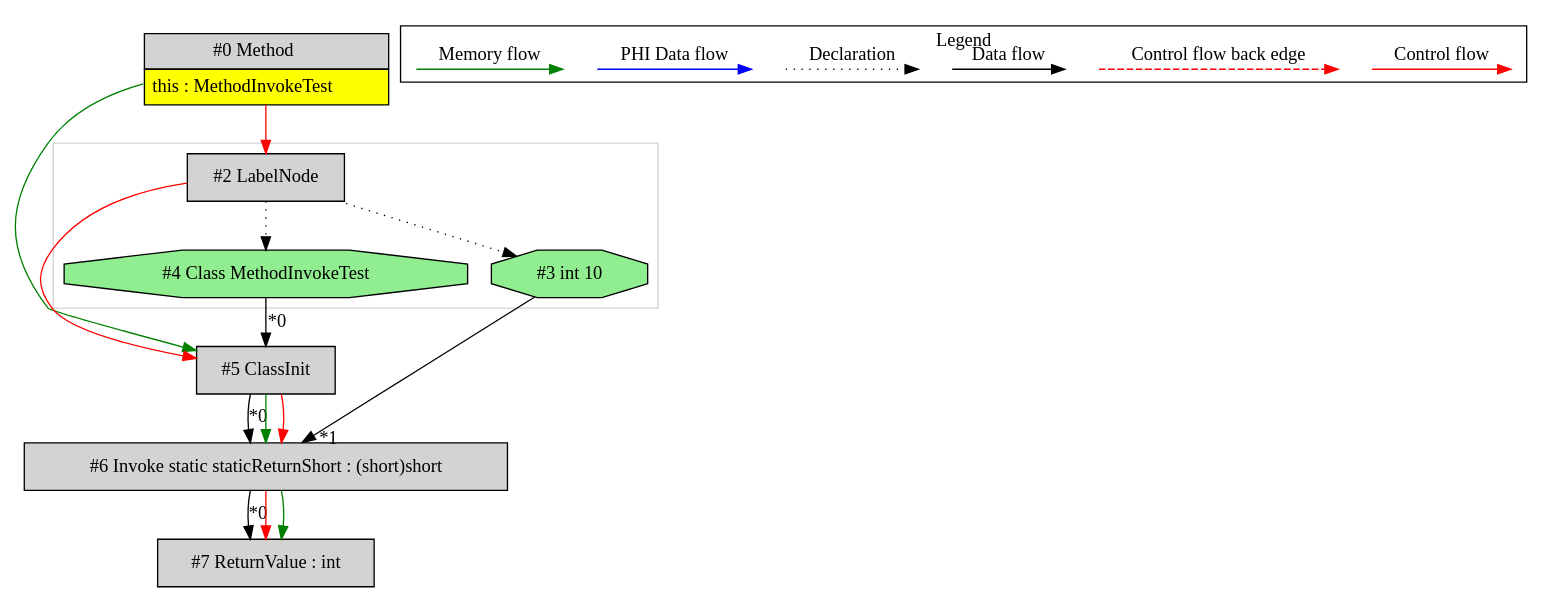
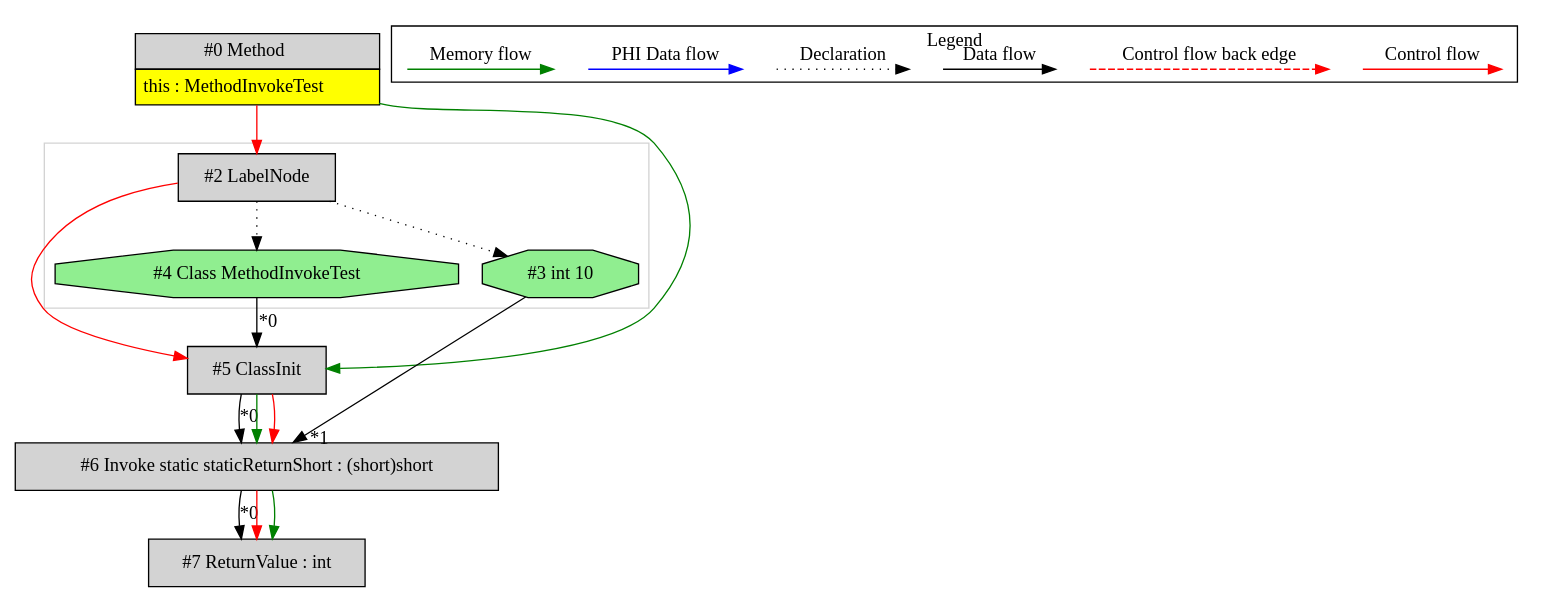
The diagram in de.mirkosertic.metair.ir.examples.MethodInvokeTest/returnShort/ir.dot (mirkosertic/MetaIR), drawn with Graphviz before and after one commit. The commit also changed other lines of this file and 1265 other files, not shown here.

```diff
--- a/de.mirkosertic.metair.ir.examples.MethodInvokeTest/returnShort/ir.dot
+++ b/de.mirkosertic.metair.ir.examples.MethodInvokeTest/returnShort/ir.dot
@@ -1,55 +1,55 @@
 digraph {
  ordering="in";
  node0[margin="0", label=<<table border="0" cellborder="1" cellspacing="0" cellpadding="5"><tr><td colspan="1">#0 Method</td></tr><tr><td port="prj1" bgcolor="yellow">this : MethodInvokeTest</td></tr></table>>,shape=none, fillcolor=lightgrey, style=filled];
+ node2[label="#2 LabelNode",shape=box, fillcolor=lightgrey, style=filled];
+ node0 -> node2[labeldistance=2, color=red, fontcolor=red];
+ node4[label="#4 Class MethodInvokeTest",shape=octagon, fillcolor=lightgreen, style=filled];
+ node2 -> node4[style=dotted];
  node5[label="#5 ClassInit",shape=box, fillcolor=lightgrey, style=filled];
  node4 -> node5[headlabel="*0", labeldistance=2];
  node0 -> node5[labeldistance=2, color=green, constraint=false];
  node2 -> node5[labeldistance=2, color=red, fontcolor=red];
- node2[label="#2 LabelNode",shape=box, fillcolor=lightgrey, style=filled];
- node0 -> node2[labeldistance=2, color=red, fontcolor=red];
- node3[label="#3 int 10",shape=octagon, fillcolor=lightgreen, style=filled];
- node2 -> node3[style=dotted];
  node6[label="#6 Invoke static staticReturnShort : (short)short",shape=box, fillcolor=lightgrey, style=filled];
  node5 -> node6[headlabel="*0", labeldistance=2];
  node3 -> node6[headlabel="*1", labeldistance=2];
  node5 -> node6[labeldistance=2, color=green, constraint=false];
  node5 -> node6[labeldistance=2, color=red, fontcolor=red];
+ node3[label="#3 int 10",shape=octagon, fillcolor=lightgreen, style=filled];
+ node2 -> node3[style=dotted];
  node7[label="#7 ReturnValue : int",shape=box, fillcolor=lightgrey, style=filled];
  node6 -> node7[headlabel="*0", labeldistance=2];
  node6 -> node7[labeldistance=2, color=red, fontcolor=red];
  node6 -> node7[labeldistance=2, color=green, constraint=false];
- node4[label="#4 Class MethodInvokeTest",shape=octagon, fillcolor=lightgreen, style=filled];
- node2 -> node4[style=dotted];
  subgraph cluster_0 {
   color=lightgray;
   node2;
   node3;
   node4;
  }
  subgraph cluster_000 {
   label = "Legend";
   node [shape=point]
   {
    rank=same;
    c0 [style = invis];
    c1 [style = invis];
    c2 [style = invis];
    c3 [style = invis];
    d0 [style = invis];
    d1 [style = invis];
    d2 [style = invis];
    d3 [style = invis];
    d4 [style = invis];
    d5 [style = invis];
    d6 [style = invis];
    d7 [style = invis];
   }
   c0 -> c1 [label="Control flow", style=solid, color=red]
   c2 -> c3 [label="Control flow back edge", style=dashed, color=red]
   d0 -> d1 [label="Data flow"]
   d2 -> d3 [label="Declaration", style=dotted]
   d4 -> d5 [label="PHI Data flow", color=blue]
   d6 -> d7 [label="Memory flow", color=green]
  }
 
 }
```
